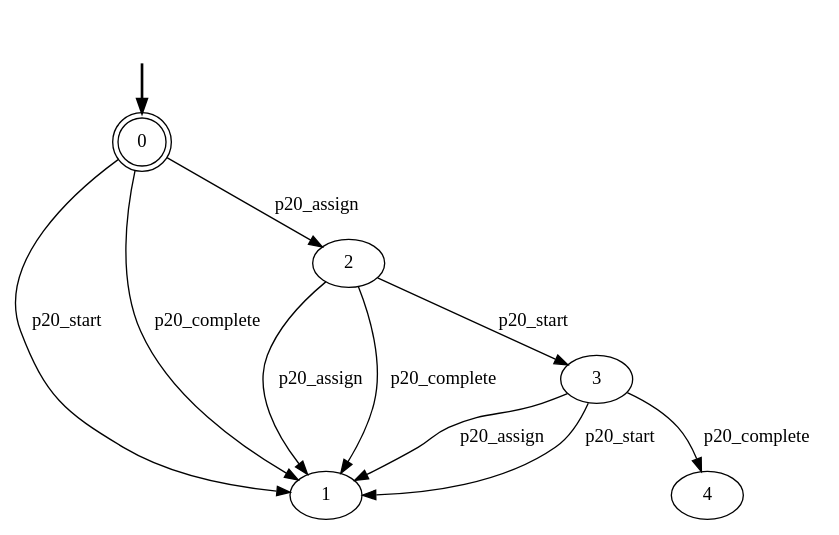
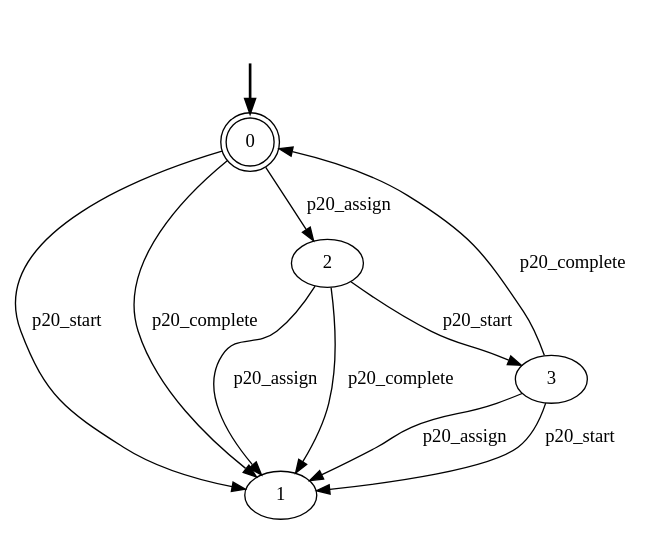
Before and after one commit to GianmarcoBordin/pddlTranslator: the diagram in out/production/Aligner/lifecycle/p20__lifecycle.dot, drawn with Graphviz. The commit also changed 101 other files, not shown here.

```diff
--- a/out/production/Aligner/lifecycle/p20__lifecycle.dot
+++ b/out/production/Aligner/lifecycle/p20__lifecycle.dot
@@ -1,17 +1,17 @@
 digraph {
 	fake0 [style=invisible]
 	0 [root=true] [shape=doublecircle]
 	1
 	2
 	3
 	fake0 -> 0 [style=bold]
 	2 -> 1 [label=p20_assign]
 	2 -> 3 [label=p20_start]
 	2 -> 1 [label=p20_complete]
 	3 -> 1 [label=p20_assign]
 	3 -> 1 [label=p20_start]
-	3 -> 4 [label=p20_complete]
+	3 -> 0 [label=p20_complete]
 	0 -> 2 [label=p20_assign]
 	0 -> 1 [label=p20_start]
 	0 -> 1 [label=p20_complete]
 }
```
